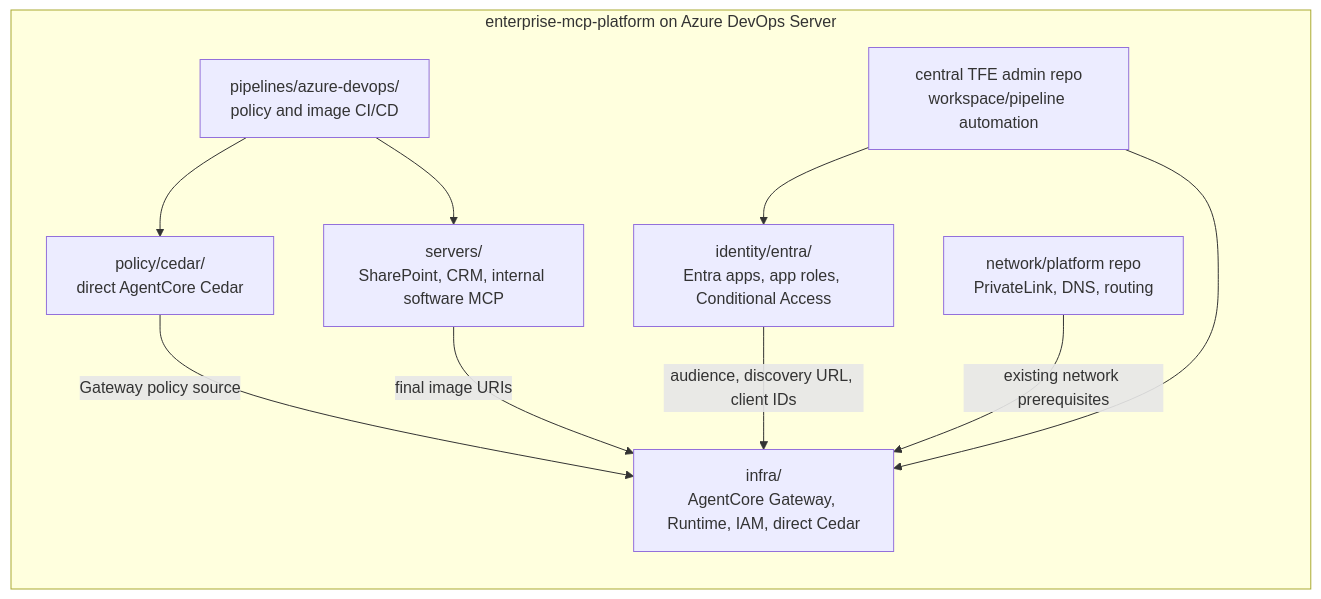
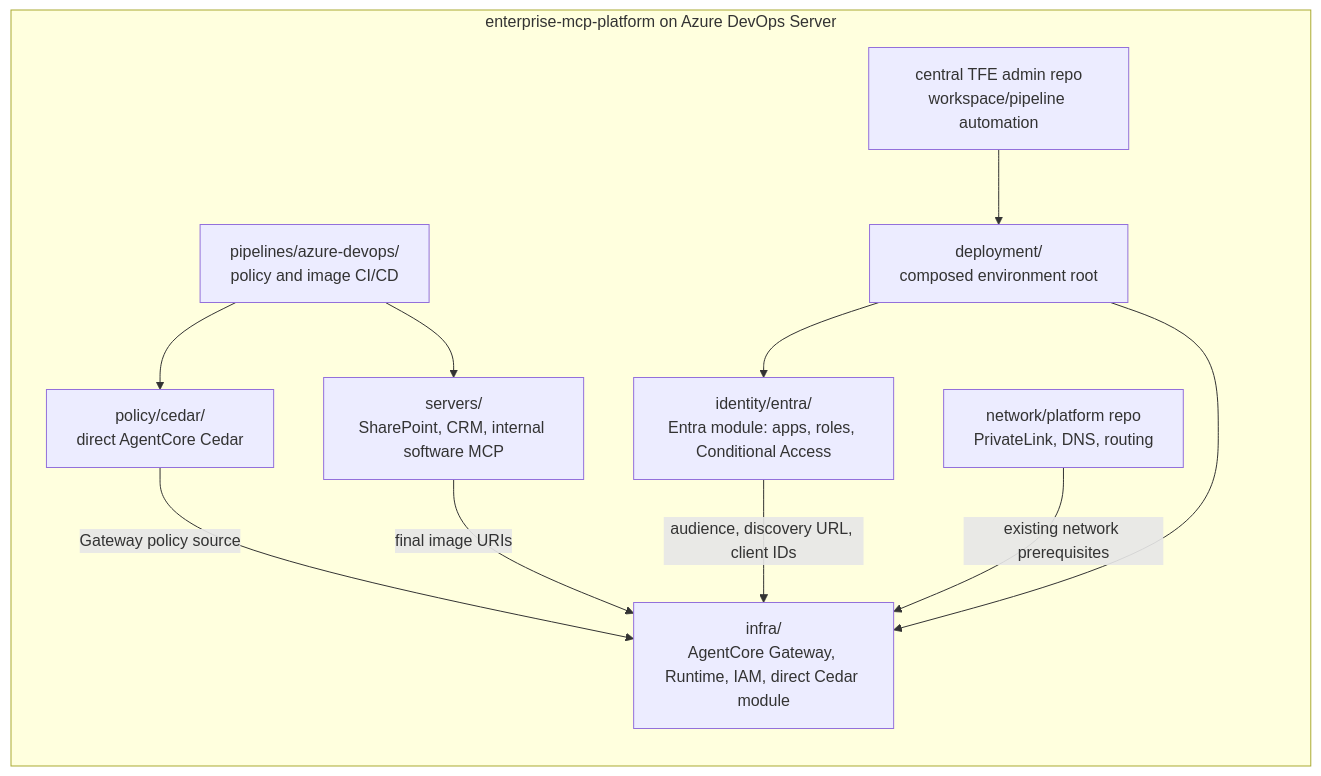
One commit to ron8520/mcp_poc changed the seventh of 7 diagrams in docs/architecture/devops-workflows.md. Above: the diagram before and after it, drawn with Mermaid. The commit also changed other lines of this file and 95 other files, not shown here.

````diff
--- a/docs/architecture/devops-workflows.md
+++ b/docs/architecture/devops-workflows.md
@@ -184,21 +211,23 @@
 ```mermaid
 flowchart LR
     subgraph Repo["enterprise-mcp-platform on Azure DevOps Server"]
         Policy["policy/cedar/\ndirect AgentCore Cedar"]
         Servers["servers/\nSharePoint, CRM, internal software MCP"]
-        Identity["identity/entra/\nEntra apps, app roles, Conditional Access"]
-        Infra["infra/\nAgentCore Gateway, Runtime, IAM, direct Cedar"]
+        Identity["identity/entra/\nEntra module: apps, roles, Conditional Access"]
+        Infra["infra/\nAgentCore Gateway, Runtime, IAM, direct Cedar module"]
+        Deployment["deployment/\ncomposed environment root"]
         Pipelines["pipelines/azure-devops/\npolicy and image CI/CD"]
         TFEAdmin["central TFE admin repo\nworkspace/pipeline automation"]
         Network["network/platform repo\nPrivateLink, DNS, routing"]
     end
 
     Policy -->|"Gateway policy source"| Infra
     Identity -->|"audience, discovery URL, client IDs"| Infra
     Servers -->|"final image URIs"| Infra
     Network -->|"existing network prerequisites"| Infra
     Pipelines --> Policy
     Pipelines --> Servers
-    TFEAdmin --> Identity
-    TFEAdmin --> Infra
+    TFEAdmin --> Deployment
+    Deployment --> Identity
+    Deployment --> Infra
 ```
````
